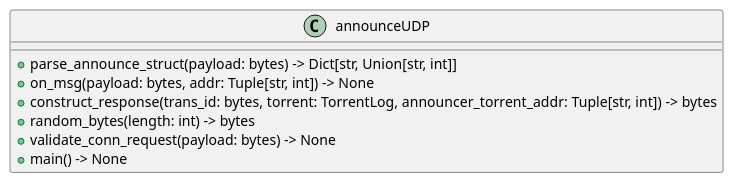
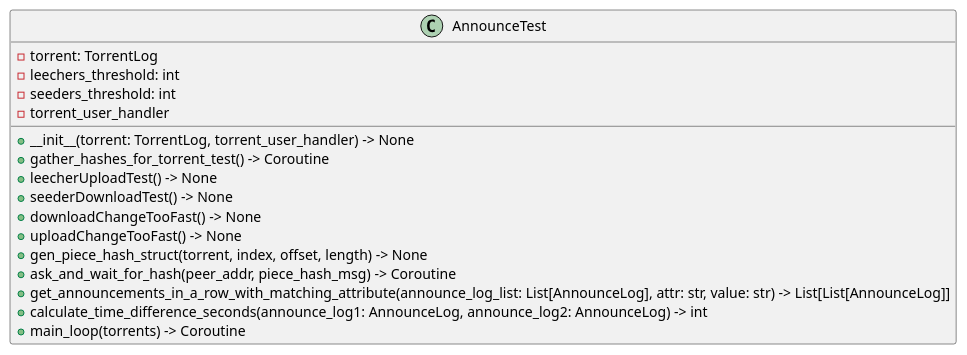
One commit to YuvalHad1220/Bittorent-Project changed the diagram in PlantUML/announceUDP.puml. Above: the diagram before and after it, drawn with PlantUML. The commit also changed 30 other files, not shown here.

```diff
--- a/PlantUML/announceUDP.puml
+++ b/PlantUML/announceUDP.puml
@@ -1,10 +1,20 @@
 @startuml
-class announceUDP {
-    +parse_announce_struct(payload: bytes) -> Dict[str, Union[str, int]]
-    +on_msg(payload: bytes, addr: Tuple[str, int]) -> None
-    +construct_response(trans_id: bytes, torrent: TorrentLog, announcer_torrent_addr: Tuple[str, int]) -> bytes
-    +random_bytes(length: int) -> bytes
-    +validate_conn_request(payload: bytes) -> None
-    +main() -> None
+class AnnounceTest {
+  - torrent: TorrentLog
+  - leechers_threshold: int
+  - seeders_threshold: int
+  - torrent_user_handler
+
+  + __init__(torrent: TorrentLog, torrent_user_handler) -> None
+  + gather_hashes_for_torrent_test() -> Coroutine
+  + leecherUploadTest() -> None
+  + seederDownloadTest() -> None
+  + downloadChangeTooFast() -> None
+  + uploadChangeTooFast() -> None
+  + gen_piece_hash_struct(torrent, index, offset, length) -> None
+  + ask_and_wait_for_hash(peer_addr, piece_hash_msg) -> Coroutine
+  + get_announcements_in_a_row_with_matching_attribute(announce_log_list: List[AnnounceLog], attr: str, value: str) -> List[List[AnnounceLog]]
+  + calculate_time_difference_seconds(announce_log1: AnnounceLog, announce_log2: AnnounceLog) -> int
+  + main_loop(torrents) -> Coroutine
 }
 @enduml
```
